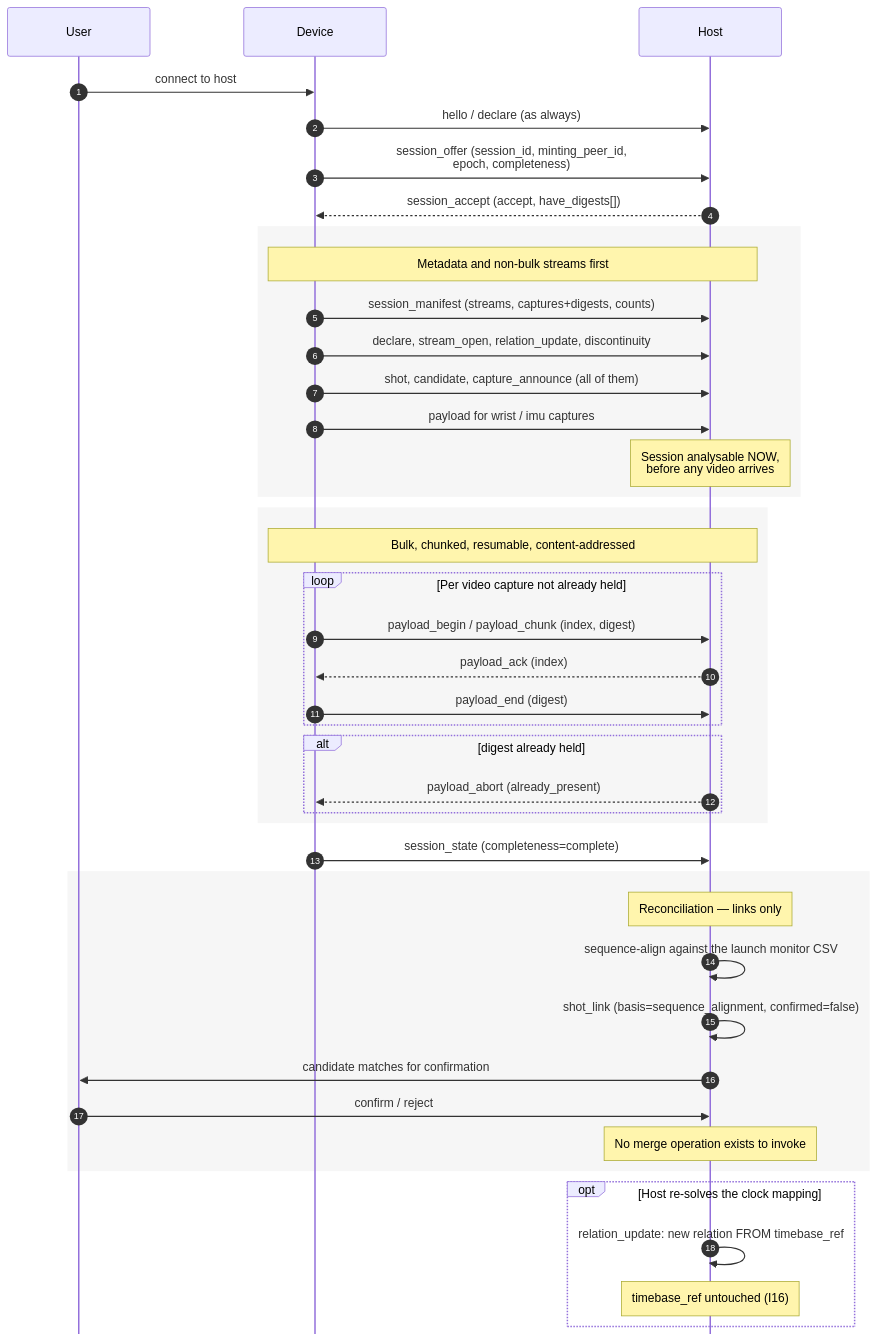
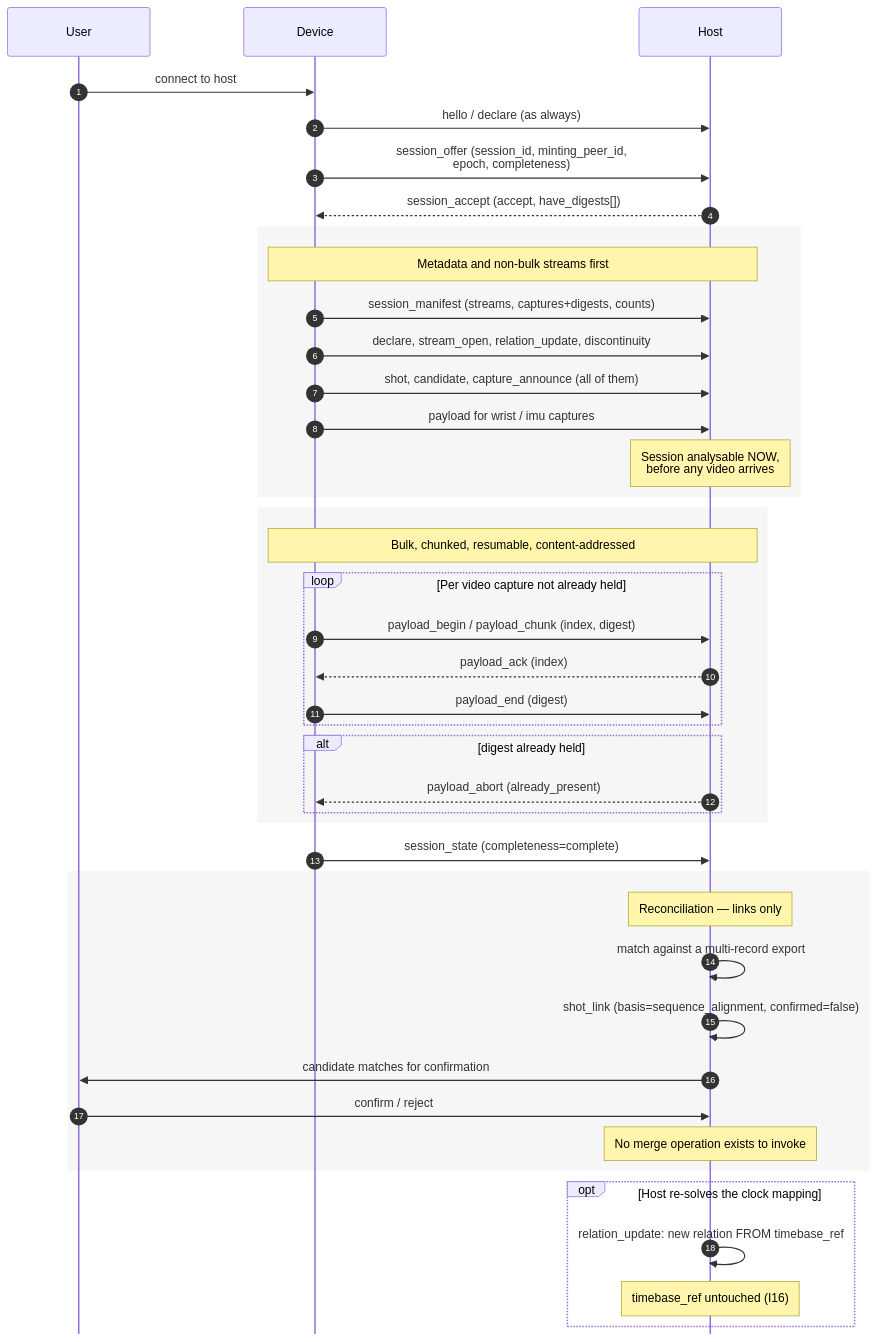
One commit to PinPoint-Golf/libppcp changed the seventh of 9 diagrams in docs/specification/ppcp-messages.md. Above: the diagram before and after it, drawn with Mermaid. The commit also changed other lines of this file and 9 other files, not shown here.

````diff
--- a/docs/specification/ppcp-messages.md
+++ b/docs/specification/ppcp-messages.md
@@ -926,50 +948,50 @@
 ```mermaid
 %%{init: {'theme':'default','themeVariables':{'fontSize':'17px','actorFontSize':'17px','messageFontSize':'16px','noteFontSize':'15px'},'sequence':{'useMaxWidth':false,'actorMargin':125,'width':190,'boxMargin':14,'noteMargin':14,'messageMargin':45,'mirrorActors':false,'wrap':false}}}%%
 sequenceDiagram
     autonumber
     participant U as User
     participant D as Device
     participant H as Host
 
     U->>D: connect to host
     D->>H: hello / declare (as always)
     D->>H: session_offer (session_id, minting_peer_id,<br/>epoch, completeness)
     H-->>D: session_accept (accept, have_digests[])
 
     rect rgba(128,128,128,0.07)
     Note over D,H: Metadata and non-bulk streams first
     D->>H: session_manifest (streams, captures+digests, counts)
     D->>H: declare, stream_open, relation_update, discontinuity
     D->>H: shot, candidate, capture_announce (all of them)
     D->>H: payload for wrist / imu captures
     Note over H: Session analysable NOW,<br/>before any video arrives
     end
 
     rect rgba(128,128,128,0.07)
     Note over D,H: Bulk, chunked, resumable, content-addressed
     loop Per video capture not already held
         D->>H: payload_begin / payload_chunk (index, digest)
         H-->>D: payload_ack (index)
         D->>H: payload_end (digest)
     end
     alt digest already held
         H-->>D: payload_abort (already_present)
     end
     end
 
     D->>H: session_state (completeness=complete)
 
     rect rgba(128,128,128,0.07)
     Note over H: Reconciliation — links only
-    H->>H: sequence-align against the launch monitor CSV
+    H->>H: match against a multi-record export
     H->>H: shot_link (basis=sequence_alignment, confirmed=false)
     H->>U: candidate matches for confirmation
     U->>H: confirm / reject
     Note over H: No merge operation exists to invoke
     end
 
     opt Host re-solves the clock mapping
     H->>H: relation_update: new relation FROM timebase_ref
     Note over H: timebase_ref untouched (I16)
     end
 ```
````
